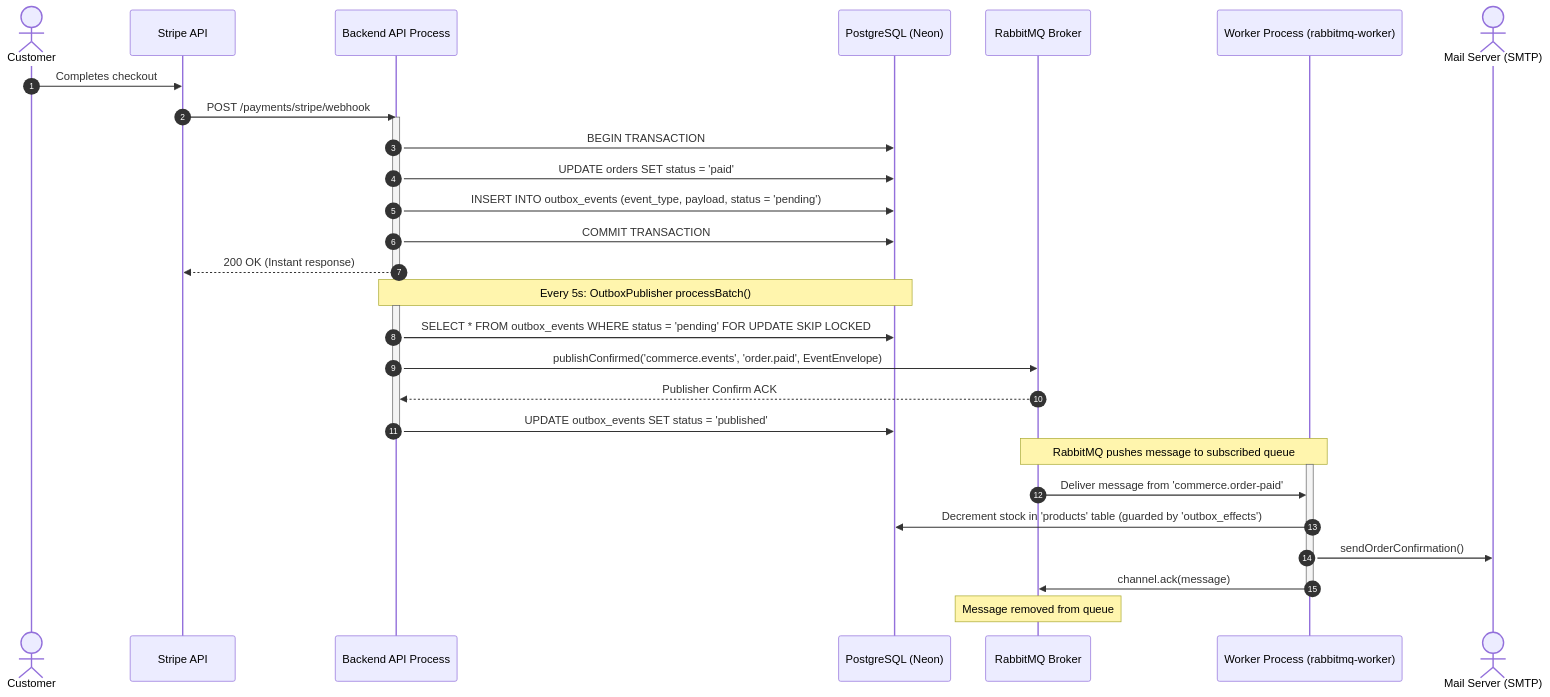
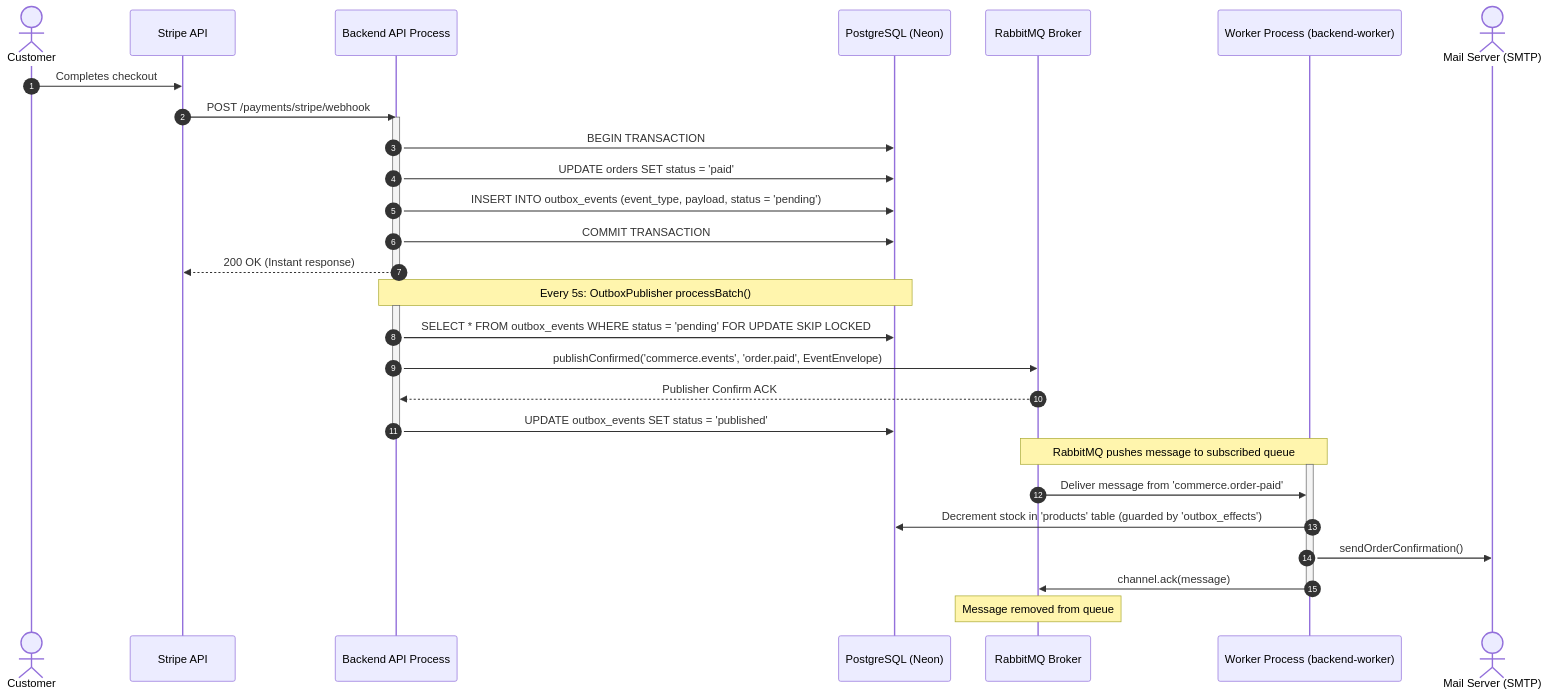
One commit to iamsujanstha/ai-codebase-architect changed the fifth of 6 diagrams in docs/architecture/rabbitmq-architecture.md. Above: the diagram before and after it, drawn with Mermaid. The commit also changed other lines of this file and 7 other files, not shown here.

Commit message:
refactor: rename rabbitmq-worker to backend-worker and update dead-letter handling

````diff
--- a/docs/architecture/rabbitmq-architecture.md
+++ b/docs/architecture/rabbitmq-architecture.md
@@ -182,38 +182,38 @@
 ```mermaid
 sequenceDiagram
     autonumber
     actor Customer
     participant Stripe as Stripe API
     participant API as Backend API Process
     participant Postgres as PostgreSQL (Neon)
     participant RMQ as RabbitMQ Broker
-    participant Worker as Worker Process (rabbitmq-worker)
+    participant Worker as Worker Process (backend-worker)
     actor Mail as Mail Server (SMTP)
 
     Customer->>Stripe: Completes checkout
     Stripe->>API: POST /payments/stripe/webhook
     activate API
     API->>Postgres: BEGIN TRANSACTION
     API->>Postgres: UPDATE orders SET status = 'paid'
     API->>Postgres: INSERT INTO outbox_events (event_type, payload, status = 'pending')
     API->>Postgres: COMMIT TRANSACTION
     API-->>Stripe: 200 OK (Instant response)
     deactivate API
 
     Note over API,Postgres: Every 5s: OutboxPublisher processBatch()
     activate API
     API->>Postgres: SELECT * FROM outbox_events WHERE status = 'pending' FOR UPDATE SKIP LOCKED
     API->>RMQ: publishConfirmed('commerce.events', 'order.paid', EventEnvelope)
     RMQ-->>API: Publisher Confirm ACK
     API->>Postgres: UPDATE outbox_events SET status = 'published'
     deactivate API
 
     Note over RMQ,Worker: RabbitMQ pushes message to subscribed queue
     activate Worker
     RMQ->>Worker: Deliver message from 'commerce.order-paid'
     Worker->>Postgres: Decrement stock in 'products' table (guarded by 'outbox_effects')
     Worker->>Mail: sendOrderConfirmation()
     Worker->>RMQ: channel.ack(message)
     deactivate Worker
     Note over RMQ: Message removed from queue
 ```
````
